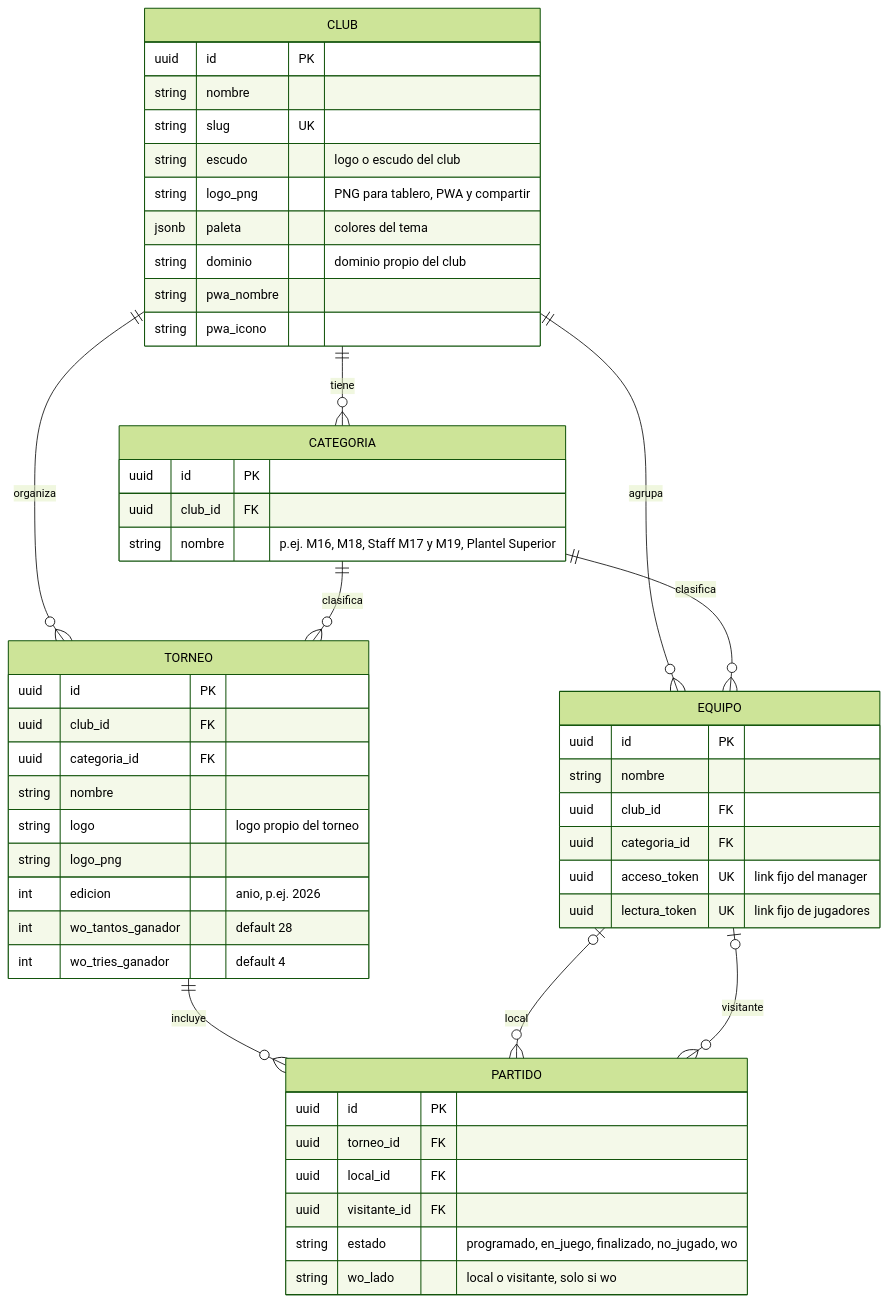
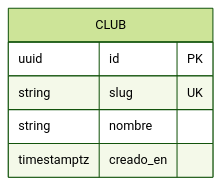
Before and after one commit to jvallelunga/el-club-app: the diagram in docs/der-el-club.mmd, drawn with Mermaid (forest theme). The commit also changed 43 other files, not shown here.

```diff
--- a/docs/der-el-club.mmd
+++ b/docs/der-el-club.mmd
@@ -1,61 +1,15 @@
-%% El Club — modelo inicial (15/11/2026).
-%% App multi-club: cada club personaliza su marca; las funcionalidades son las mismas para todos.
+%% El Club — modelo aplicado (15/11/2026).
+%% Esta migración solo crea `club` (id, slug, nombre, creado_en).
+%% La marca del club (escudo, paleta, dominio, PWA) se suma en el ítem 2.
+%% El resto del modelo previsto (categoría, equipo, torneo, partido) se
+%% redefine más adelante: los ítems #3–#8 salieron del backlog.
+%% App multi-club: cada club personaliza su marca; las funcionalidades son las mismas.
 %% El primer caso es Los Cardos Rugby Club (Tandil).
 %% copa-raices queda como base y ejemplo: https://github.com/jvallelunga/copa-raices
 erDiagram
-    CLUB ||--o{ CATEGORIA : tiene
-    CLUB ||--o{ EQUIPO : agrupa
-    CLUB ||--o{ TORNEO : organiza
-    CATEGORIA ||--o{ EQUIPO : clasifica
-    CATEGORIA ||--o{ TORNEO : clasifica
-    TORNEO ||--o{ PARTIDO : incluye
-    EQUIPO |o--o{ PARTIDO : local
-    EQUIPO |o--o{ PARTIDO : visitante
-
     CLUB {
         uuid id PK
+        string slug UK
         string nombre
-        string slug UK
-        string escudo "logo o escudo del club"
-        string logo_png "PNG para tablero, PWA y compartir"
-        jsonb paleta "colores del tema"
-        string dominio "dominio propio del club"
-        string pwa_nombre
-        string pwa_icono
+        timestamptz creado_en
     }
-
-    CATEGORIA {
-        uuid id PK
-        uuid club_id FK
-        string nombre "p.ej. M16, M18, Staff M17 y M19, Plantel Superior"
-    }
-
-    EQUIPO {
-        uuid id PK
-        string nombre
-        uuid club_id FK
-        uuid categoria_id FK
-        uuid acceso_token UK "link fijo del manager"
-        uuid lectura_token UK "link fijo de jugadores"
-    }
-
-    TORNEO {
-        uuid id PK
-        uuid club_id FK
-        uuid categoria_id FK
-        string nombre
-        string logo "logo propio del torneo"
-        string logo_png
-        int edicion "anio, p.ej. 2026"
-        int wo_tantos_ganador "default 28"
-        int wo_tries_ganador "default 4"
-    }
-
-    PARTIDO {
-        uuid id PK
-        uuid torneo_id FK
-        uuid local_id FK
-        uuid visitante_id FK
-        string estado "programado, en_juego, finalizado, no_jugado, wo"
-        string wo_lado "local o visitante, solo si wo"
-    }
```
